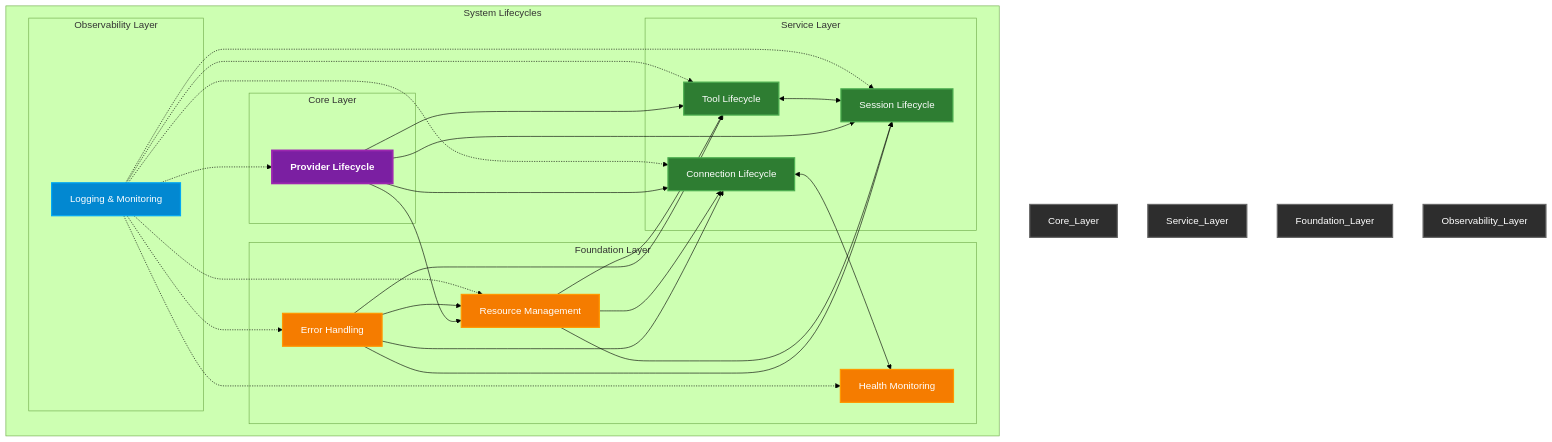
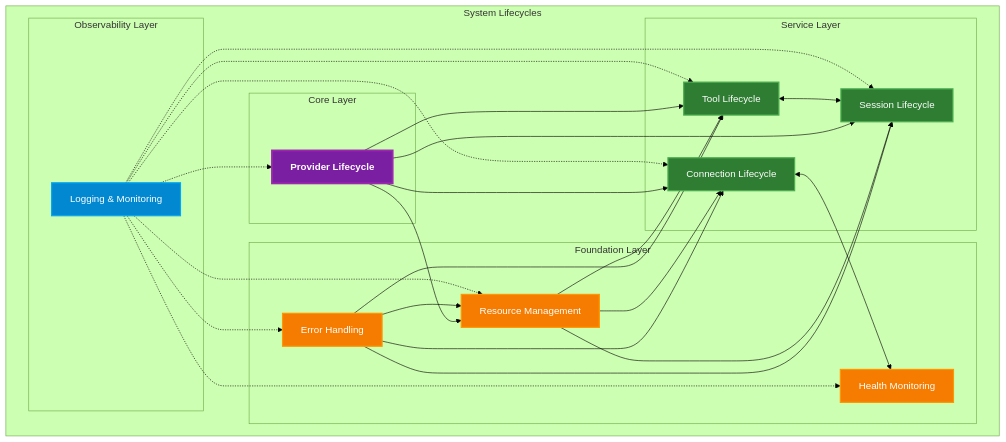
One commit to beanone/agentical changed the first of 12 diagrams in docs/system-lifecycles-detailed.md. Above: the diagram before and after it, drawn with Mermaid (forest theme).

Commit message:
Fixed diagram

````diff
--- a/docs/system-lifecycles-detailed.md
+++ b/docs/system-lifecycles-detailed.md
@@ -52,73 +52,68 @@
 ```mermaid
 graph TD
     subgraph "System Lifecycles"
         subgraph "Core Layer"
             PL[Provider Lifecycle]
         end
 
         subgraph "Service Layer"
             CL[Connection Lifecycle]
             TL[Tool Lifecycle]
             SL[Session Lifecycle]
         end
 
         subgraph "Foundation Layer"
             RML[Resource Management]
             HML[Health Monitoring]
             EHL[Error Handling]
         end
 
         subgraph "Observability Layer"
             LML[Logging & Monitoring]
         end
 
         %% Core to Service relationships
         PL --> CL
         PL --> TL
         PL --> SL
         PL --> RML
 
         %% Service layer relationships
         CL <--> HML
         TL <--> SL
 
         %% Error handling relationships
         EHL --> CL
         EHL --> TL
         EHL --> SL
         EHL --> RML
 
         %% Resource management relationships
         RML --> CL
         RML --> TL
         RML --> SL
 
         %% Logging relationships
         LML -.-> PL
         LML -.-> CL
         LML -.-> TL
         LML -.-> SL
         LML -.-> HML
         LML -.-> EHL
         LML -.-> RML
     end
 
     %% Style definitions with improved readability
     classDef default fill:#2d2d2d,stroke:#666,stroke-width:2px,color:#ddd;
     classDef core fill:#7b1fa2,stroke:#9c27b0,stroke-width:3px,color:#fff,font-weight:bold;
     classDef service fill:#2e7d32,stroke:#4caf50,stroke-width:2px,color:#fff;
     classDef foundation fill:#f57c00,stroke:#ff9800,stroke-width:2px,color:#fff;
     classDef observability fill:#0288d1,stroke:#03a9f4,stroke-width:2px,color:#fff;
 
     %% Apply styles
     class PL core;
     class CL,TL,SL service;
     class RML,HML,EHL foundation;
     class LML observability;
 
-    %% Style subgraphs
-    style Core_Layer fill:#2d2d2d,stroke:#666,color:#fff;
-    style Service_Layer fill:#2d2d2d,stroke:#666,color:#fff;
-    style Foundation_Layer fill:#2d2d2d,stroke:#666,color:#fff;
-    style Observability_Layer fill:#2d2d2d,stroke:#666,color:#fff;
 ```
````
